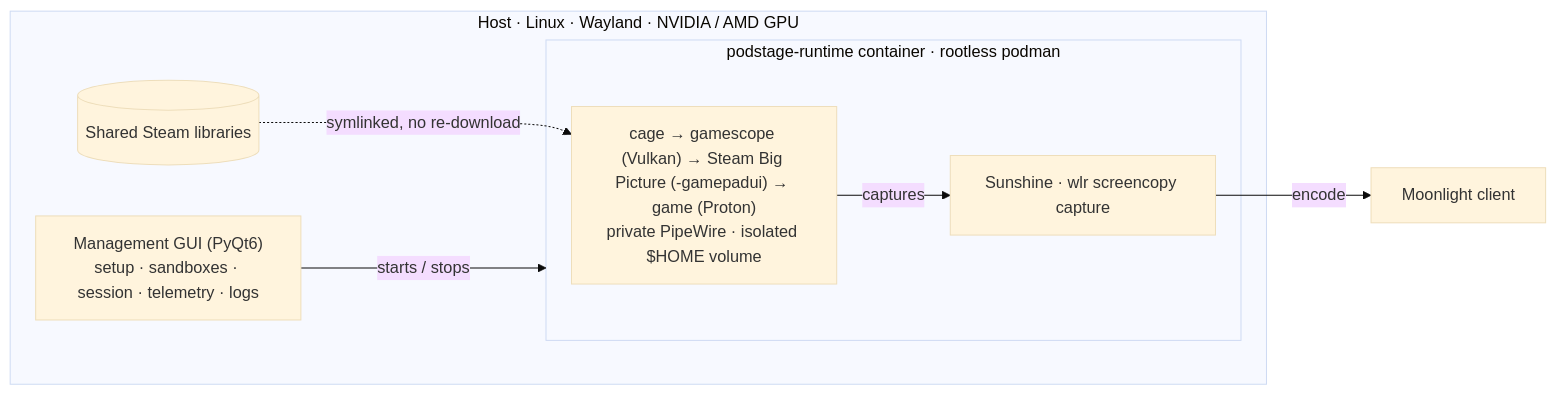
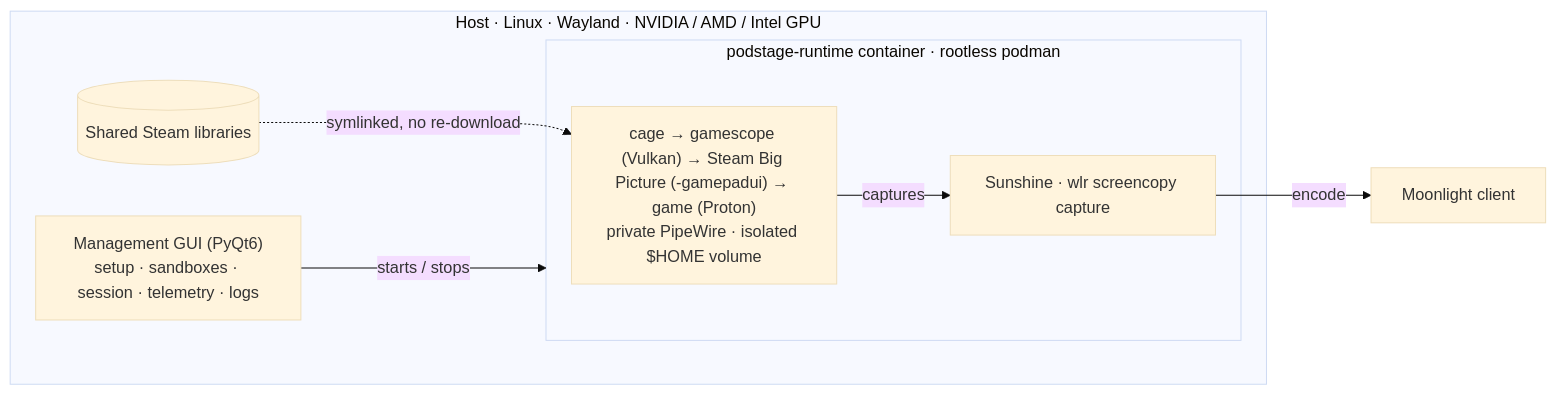
The diagram in README.md (slooock-dev/podstage), drawn with Mermaid (base theme) before and after one commit. The commit also changed other lines of this file and 8 other files, not shown here.

First line of the commit message:
runtime: experimental Intel GPU support

````diff
--- a/README.md
+++ b/README.md
@@ -142,15 +143,15 @@
 ```mermaid
 flowchart LR
-    subgraph host["Host · Linux · Wayland · NVIDIA / AMD GPU"]
+    subgraph host["Host · Linux · Wayland · NVIDIA / AMD / Intel GPU"]
         gui["Management GUI (PyQt6)<br/>setup · sandboxes · session · telemetry · logs"]
         libs[("Shared Steam libraries")]
         subgraph container["podstage-runtime container · rootless podman"]
             pipeline["cage → gamescope (Vulkan) → Steam Big Picture (-gamepadui) → game (Proton)<br/>private PipeWire · isolated $HOME volume"]
             sunshine["Sunshine · wlr screencopy capture"]
             pipeline -->|captures| sunshine
         end
         gui -->|starts / stops| container
         libs -.->|symlinked, no re-download| pipeline
     end
     sunshine -->|encode| moonlight["Moonlight client"]
 ```
````
